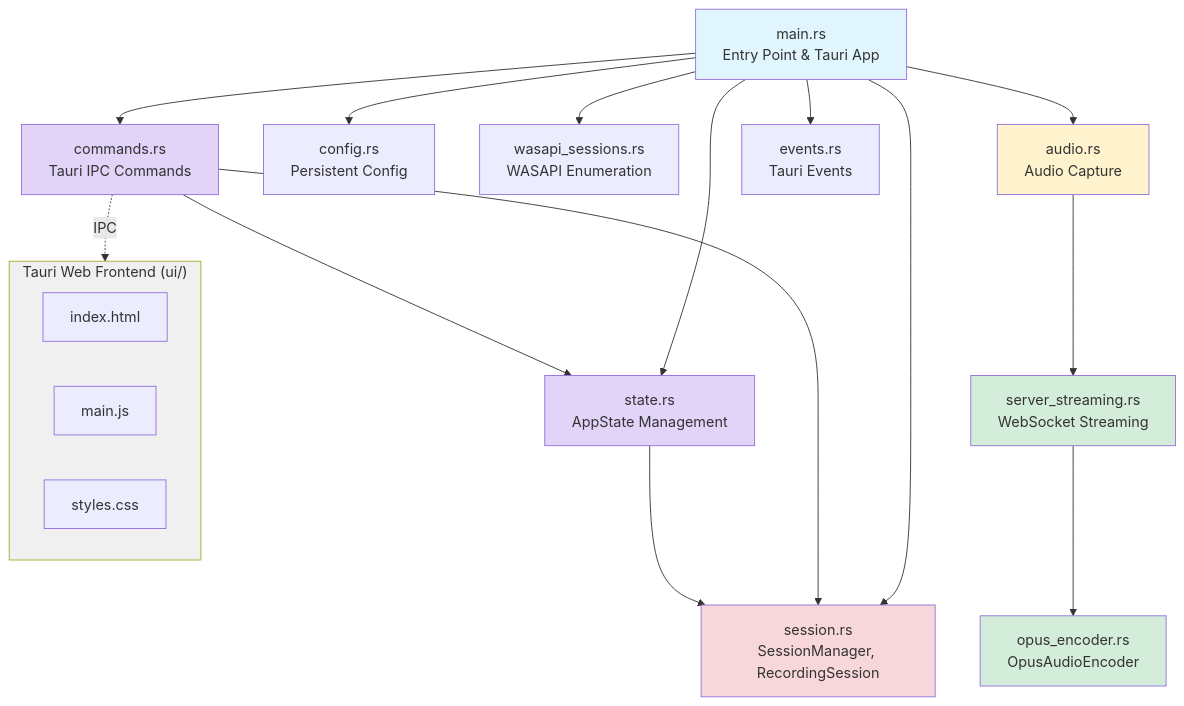
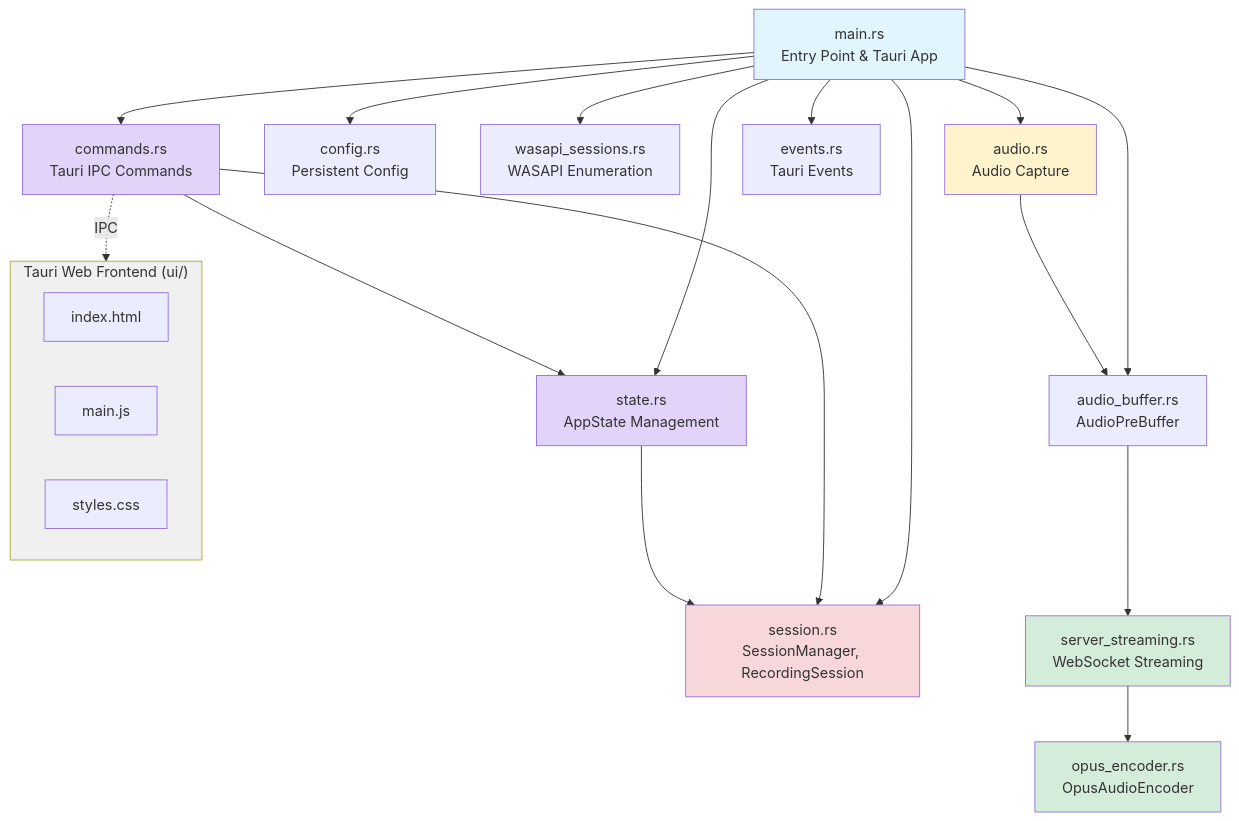
Before and after one commit to RekunDzmitry/voice_bird_desktop: the first of 6 diagrams in DEPENDENCIES.md, drawn with Mermaid. The commit also changed other lines of this file and 5 other files, not shown here.

````diff
--- a/DEPENDENCIES.md
+++ b/DEPENDENCIES.md
@@ -35,35 +35,37 @@
 ```mermaid
 graph TB
     main[main.rs<br/>Entry Point & Tauri App]
 
     main --> commands[commands.rs<br/>Tauri IPC Commands]
     main --> state[state.rs<br/>AppState Management]
     main --> config[config.rs<br/>Persistent Config]
     main --> session[session.rs<br/>SessionManager, RecordingSession]
     main --> wasapi[wasapi_sessions.rs<br/>WASAPI Enumeration]
     main --> audio[audio.rs<br/>Audio Capture]
     main --> events[events.rs<br/>Tauri Events]
+    main --> audio_buffer[audio_buffer.rs<br/>AudioPreBuffer]
 
     commands --> state
     commands --> session
     state --> session
-    audio --> server_streaming[server_streaming.rs<br/>WebSocket Streaming]
+    audio --> audio_buffer
+    audio_buffer --> server_streaming[server_streaming.rs<br/>WebSocket Streaming]
     server_streaming --> opus[opus_encoder.rs<br/>OpusAudioEncoder]
 
     subgraph UI["Tauri Web Frontend (ui/)"]
         html[index.html]
         js[main.js]
         css[styles.css]
     end
 
     commands -.->|IPC| UI
 
     style main fill:#e1f5ff
     style commands fill:#e2d3f8
     style state fill:#e2d3f8
     style audio fill:#fff3cd
     style server_streaming fill:#d4edda
     style opus fill:#d4edda
     style session fill:#f8d7da
     style UI fill:#f0f0f0
 ```
````
